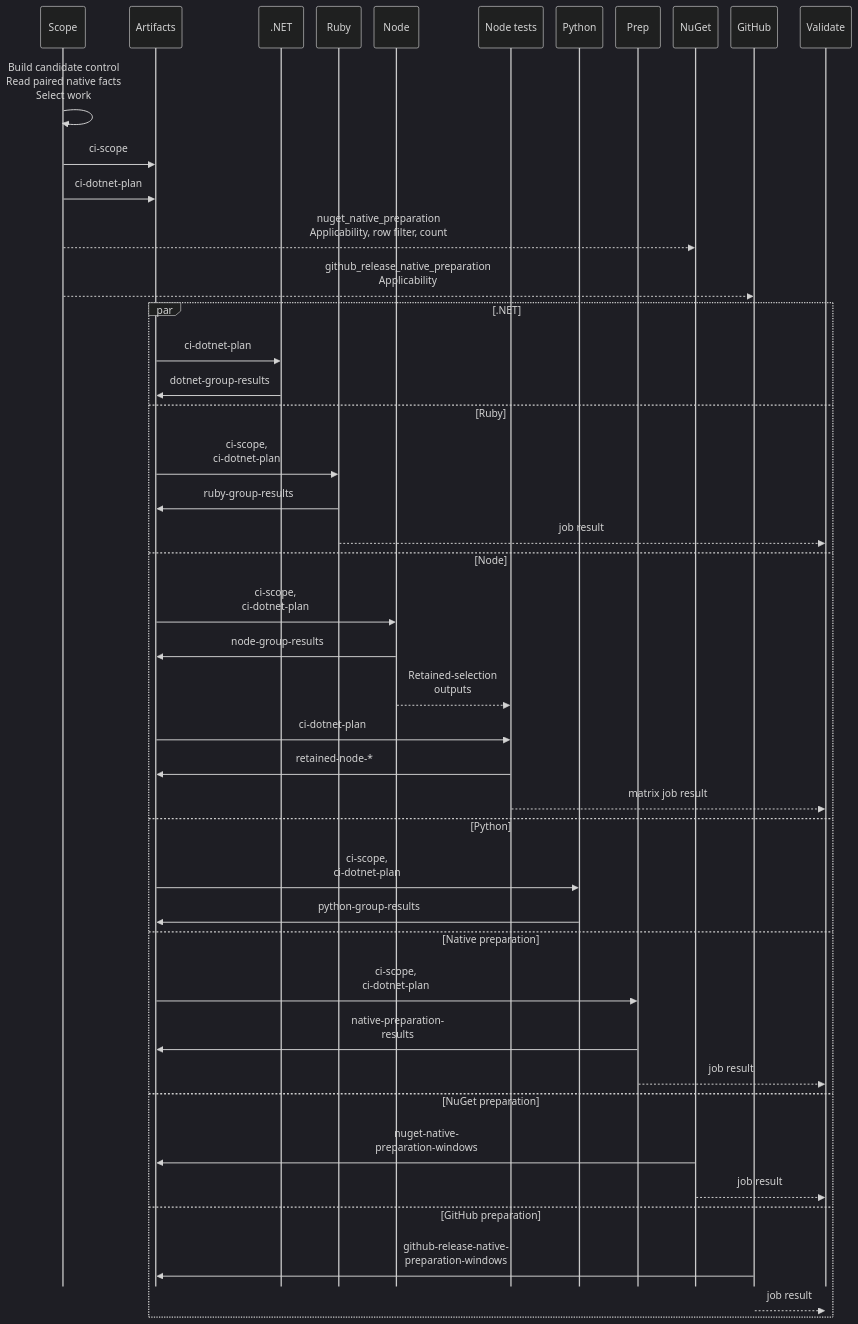
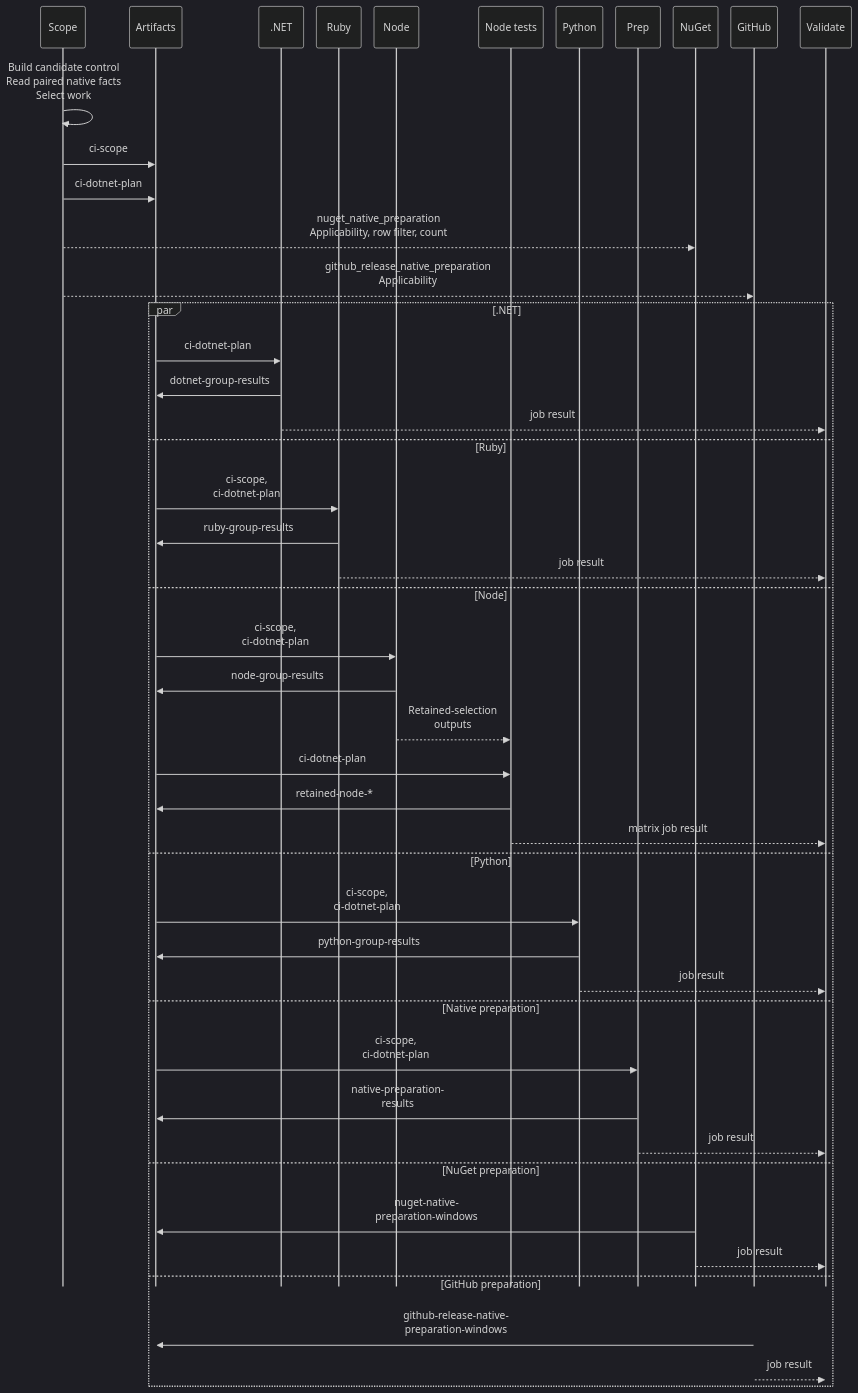
Before and after one commit to hcoona/three: the second of 2 diagrams in src/private/app/workflow-delivery/docs/design/ci.md, drawn with Mermaid (dark theme). The commit also changed other lines of this file and 2 other files, not shown here.

First line of the commit message:
ci: gate every CI job through Validate (#1516)

````diff
--- a/src/private/app/workflow-delivery/docs/design/ci.md
+++ b/src/private/app/workflow-delivery/docs/design/ci.md
@@ -91,48 +95,50 @@
 ```mermaid
 %%{init: {"sequence": {"width": 70, "actorMargin": 20, "mirrorActors": false}}}%%
 sequenceDiagram
     participant Scope
     participant Store as Artifacts
     participant DotNet as .NET
     participant Ruby
     participant Node
     participant NodeTests as Node tests
     participant Python
     participant Prep
     participant NuGet
     participant Github as GitHub
     participant Validate
     Scope->>Scope: Build candidate control<br/>Read paired native facts<br/>Select work
     Scope->>Store: ci-scope
     Scope->>Store: ci-dotnet-plan
     Scope-->>NuGet: nuget_native_preparation<br/>Applicability, row filter, count
     Scope-->>Github: github_release_native_preparation<br/>Applicability
     par .NET
         Store->>DotNet: ci-dotnet-plan
         DotNet->>Store: dotnet-group-results
+        DotNet-->>Validate: job result
     and Ruby
         Store->>Ruby: ci-scope,<br/>ci-dotnet-plan
         Ruby->>Store: ruby-group-results
         Ruby-->>Validate: job result
     and Node
         Store->>Node: ci-scope,<br/>ci-dotnet-plan
         Node->>Store: node-group-results
         Node-->>NodeTests: Retained-selection<br/>outputs
         Store->>NodeTests: ci-dotnet-plan
         NodeTests->>Store: retained-node-*
         NodeTests-->>Validate: matrix job result
     and Python
         Store->>Python: ci-scope,<br/>ci-dotnet-plan
         Python->>Store: python-group-results
+        Python-->>Validate: job result
     and Native preparation
         Store->>Prep: ci-scope,<br/>ci-dotnet-plan
         Prep->>Store: native-preparation-<br/>results
         Prep-->>Validate: job result
     and NuGet preparation
         NuGet->>Store: nuget-native-<br/>preparation-windows
         NuGet-->>Validate: job result
     and GitHub preparation
         Github->>Store: github-release-native-<br/>preparation-windows
         Github-->>Validate: job result
     end
 ```
````
